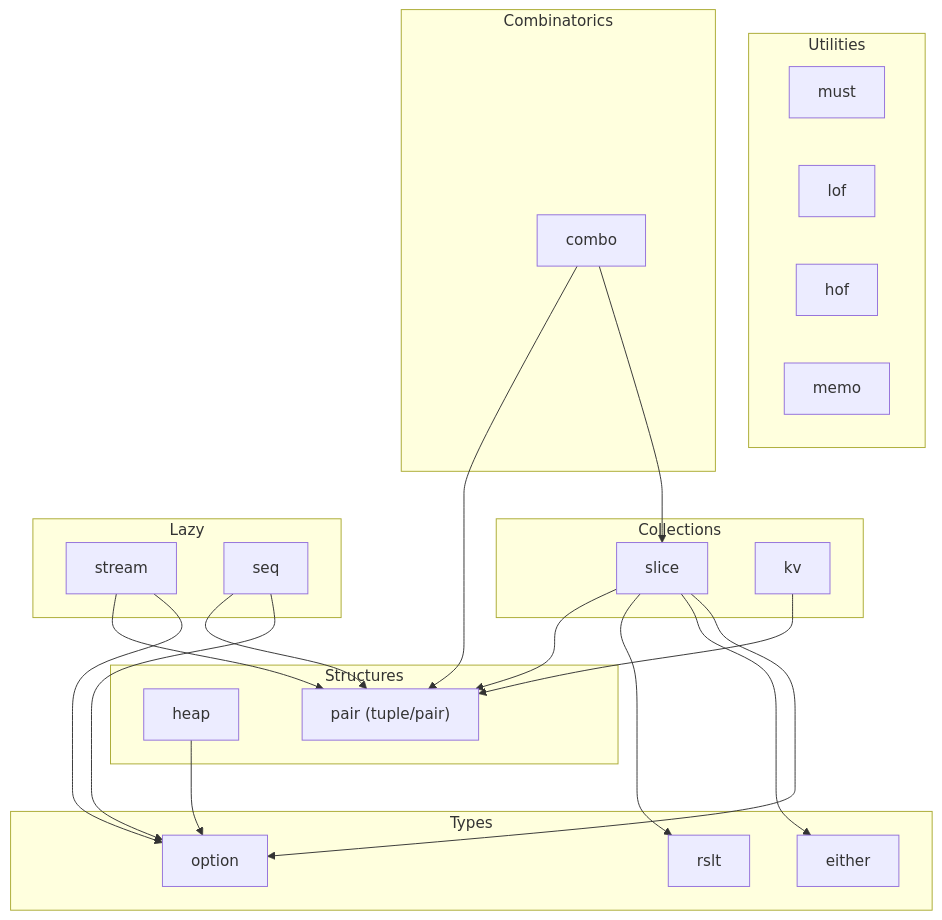
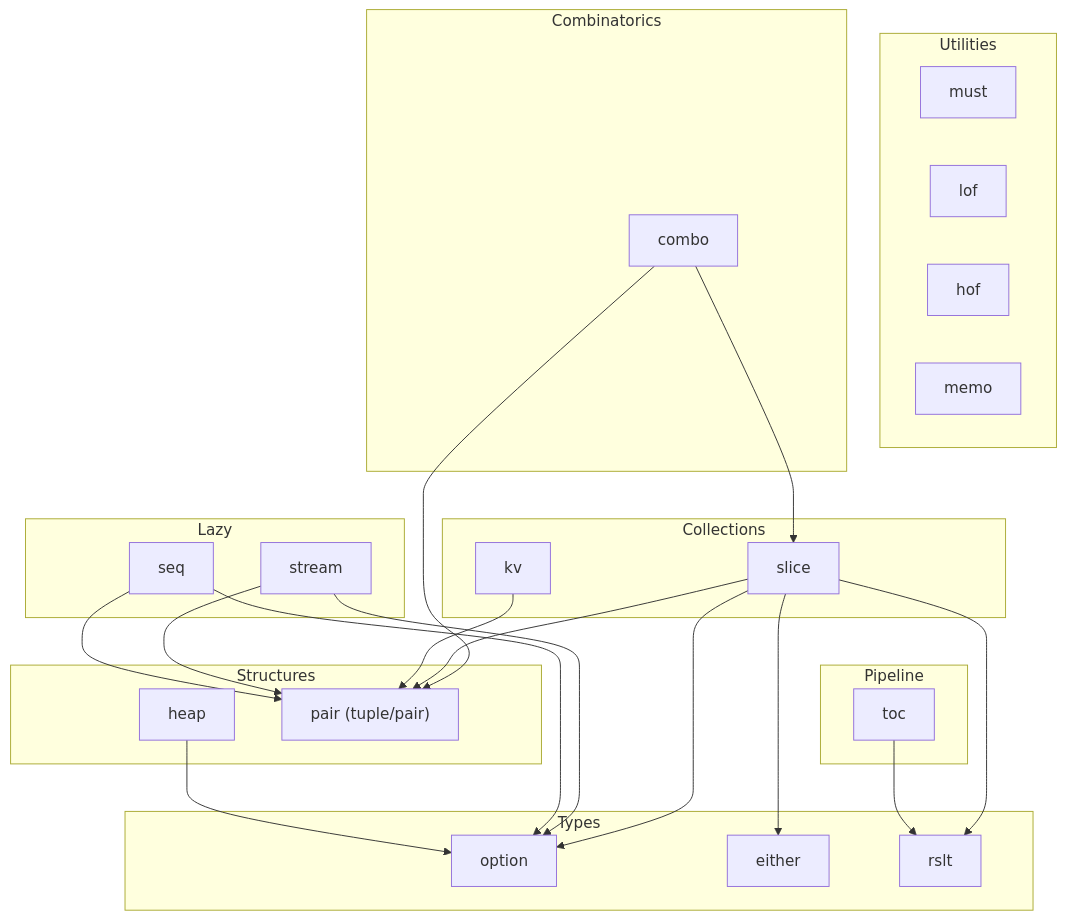
Before and after one commit to binaryphile/fluentfp: the diagram in docs/design.md, drawn with Mermaid. The commit also changed other lines of this file and 5 other files, not shown here.

````diff
--- a/docs/design.md
+++ b/docs/design.md
@@ -7,42 +7,46 @@
 ```mermaid
 flowchart TD
     subgraph Utilities
         must
         lof
         hof
         memo
     end
     subgraph Combinatorics
         combo
     end
     subgraph Collections
         slice
         kv
     end
     subgraph Lazy
         stream
         seq
     end
     subgraph Structures
         heap
         pair["pair (tuple/pair)"]
     end
     subgraph Types
         option
         either
         rslt
     end
+    subgraph Pipeline
+        toc
+    end
 
     combo --> slice
     combo --> pair
     slice --> option
     slice --> either
     slice --> rslt
     slice --> pair
     kv --> pair
     stream --> option
     stream --> pair
     seq --> option
     seq --> pair
     heap --> option
+    toc --> rslt
 ```
````
